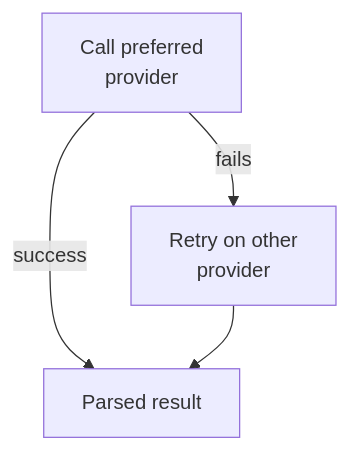
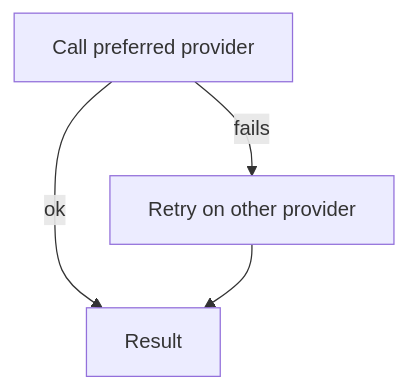
The fourth of 4 diagrams in README.md (dianakang/voc-intelligence-platform), drawn with Mermaid before and after one commit. The commit also changed other lines of this file and 1 other file, not shown here.

````diff
--- a/README.md
+++ b/README.md
@@ -204,6 +177,5 @@
 ```mermaid
 flowchart TD
-    A["Call preferred<br/>provider"] -->|success| R[Parsed result]
-    A -->|fails| B["Retry on other<br/>provider"]
-    B --> R
+    A[Call preferred provider] -->|ok| R[Result]
+    A -->|fails| B[Retry on other provider] --> R
 ```
````
